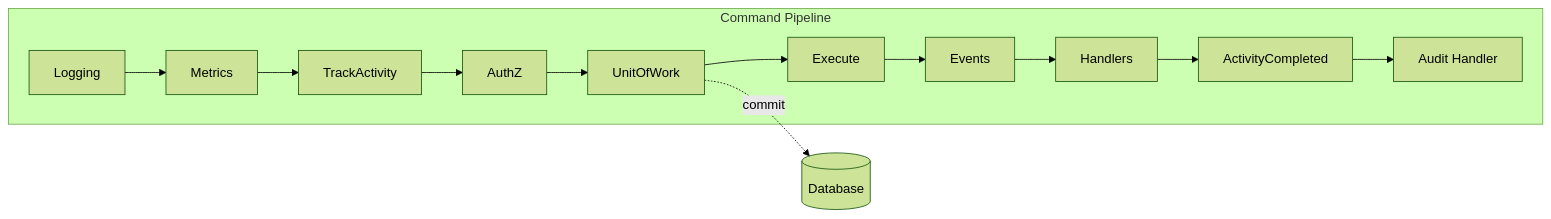
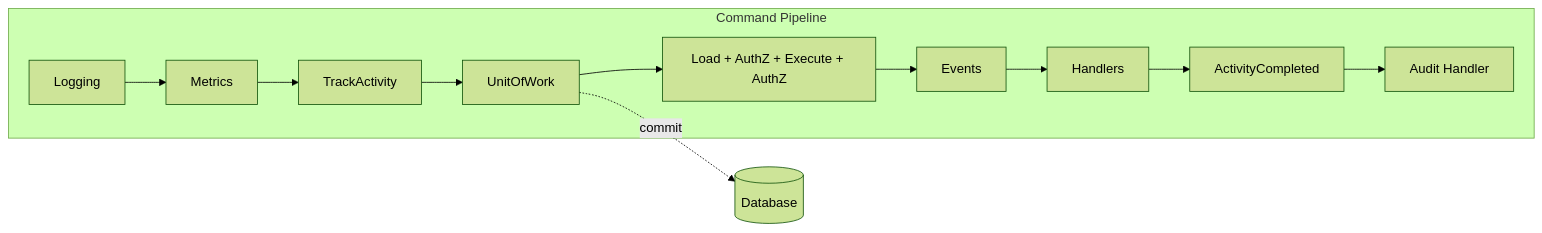
One commit to TheFellow/go-modular-monolith changed the third of 5 diagrams in README.md. Above: the diagram before and after it, drawn with Mermaid (forest theme). The commit also changed other lines of this file, not shown here.

First line of the commit message:
Update README to reflect current architecture and features

````diff
--- a/README.md
+++ b/README.md
@@ -98,16 +157,15 @@
 ```mermaid
 flowchart LR
     subgraph Command Pipeline
         L[Logging] --> M[Metrics]
         M --> A[TrackActivity]
-        A --> Z[AuthZ]
-        Z --> U[UnitOfWork]
-        U --> E[Execute]
+        A --> U[UnitOfWork]
+        U --> E[Load + AuthZ + Execute + AuthZ]
         E --> EV[Events]
         EV --> H[Handlers]
         H --> AC[ActivityCompleted]
         AC --> AU[Audit Handler]
     end
 
     U -.->|commit| DB[(Database)]
 ```
````
